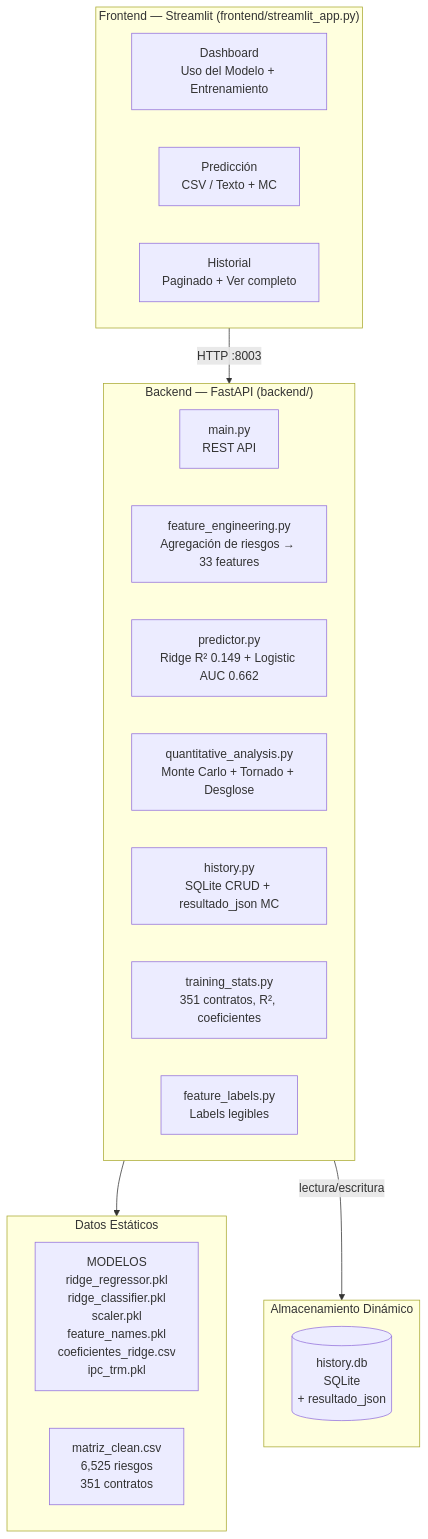
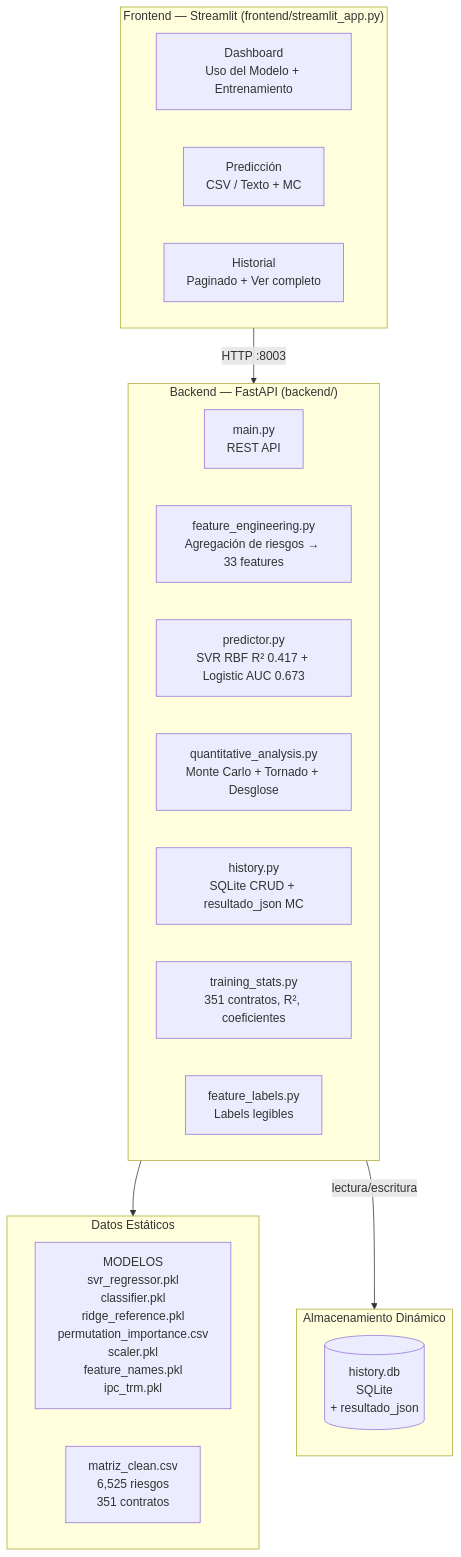
Before and after one commit to sanan1297/risk_project: the first of 7 diagrams in docs/proceso.md, drawn with Mermaid. The commit also changed other lines of this file and 28 other files, not shown here.

````diff
--- a/docs/proceso.md
+++ b/docs/proceso.md
@@ -285,31 +285,31 @@
 ```mermaid
 graph TB
     subgraph Frontend["Frontend — Streamlit (frontend/streamlit_app.py)"]
         DASH[Dashboard<br/>Uso del Modelo + Entrenamiento]
         PRED[Predicción<br/>CSV / Texto + MC]
         HIST[Historial<br/>Paginado + Ver completo]
     end
 
     subgraph Backend["Backend — FastAPI (backend/)"]
         API[main.py<br/>REST API]
         FE[feature_engineering.py<br/>Agregación de riesgos → 33 features]
-        PREDICT[predictor.py<br/>Ridge R² 0.149 + Logistic AUC 0.662]
+        PREDICT[predictor.py<br/>SVR RBF R² 0.417 + Logistic AUC 0.673]
         QA[quantitative_analysis.py<br/>Monte Carlo + Tornado + Desglose]
         HISTDB[history.py<br/>SQLite CRUD + resultado_json MC]
         TRAIN[training_stats.py<br/>351 contratos, R², coeficientes]
         LABELS[feature_labels.py<br/>Labels legibles]
     end
 
     subgraph Data["Datos Estáticos"]
-        M[MODELOS<br/>ridge_regressor.pkl<br/>ridge_classifier.pkl<br/>scaler.pkl<br/>feature_names.pkl<br/>coeficientes_ridge.csv<br/>ipc_trm.pkl]
+        M[MODELOS<br/>svr_regressor.pkl<br/>classifier.pkl<br/>ridge_reference.pkl<br/>permutation_importance.csv<br/>scaler.pkl<br/>feature_names.pkl<br/>ipc_trm.pkl]
         MAT[matriz_clean.csv<br/>6,525 riesgos<br/>351 contratos]
     end
 
     subgraph Storage["Almacenamiento Dinámico"]
         DB[(history.db<br/>SQLite<br/>+ resultado_json)]
     end
 
     Frontend -->|HTTP :8003| Backend
     Backend --> Data
     Backend -->|lectura/escritura| Storage
 ```
````
